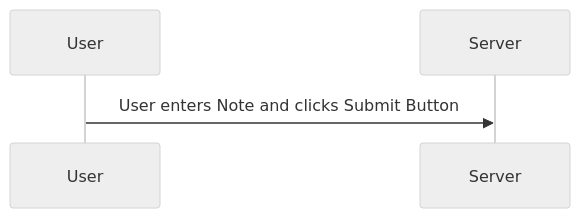
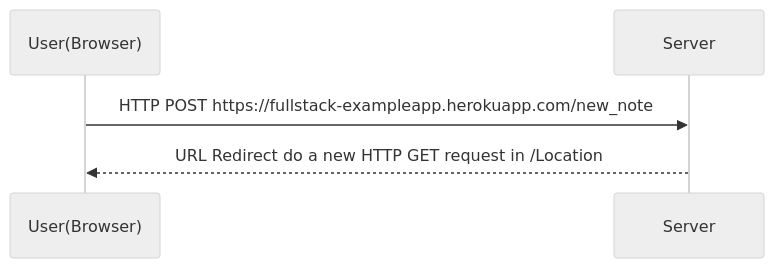
Before and after one commit to Midastgk/fullstackopen: the diagram in part0/0.4: New note diagram.md, drawn with Mermaid (neutral theme).

Commit message:
Update 0.4: New note diagram.md

````diff
--- a/part0/0.4: New note diagram.md
+++ b/part0/0.4: New note diagram.md
@@ -1,6 +1,7 @@
 ```mermaid
 sequenceDiagram
-    participant User
+    participant User(Browser)
     participant Server
-    User->>Server: User enters Note and clicks Submit Button
+    User(Browser)->>Server: HTTP POST https://fullstack-exampleapp.herokuapp.com/new_note
+    Server-->>User(Browser): URL Redirect do a new HTTP GET request in /Location
 ```
````
